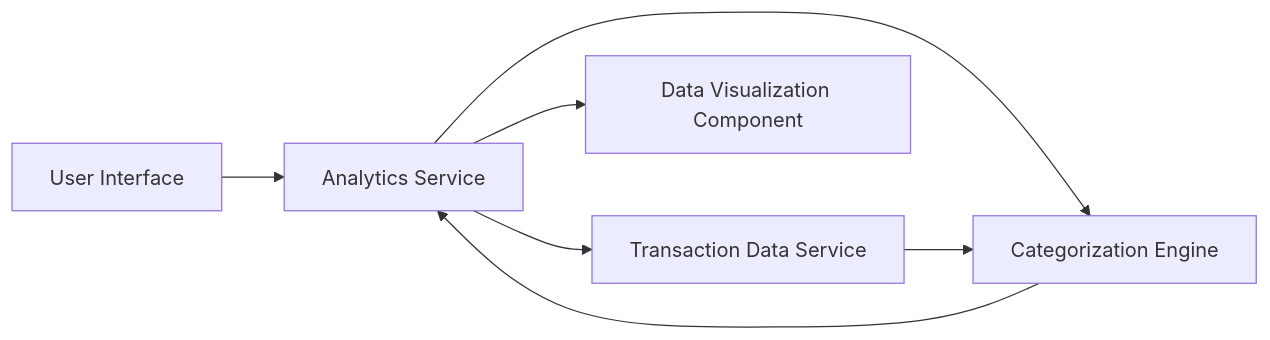
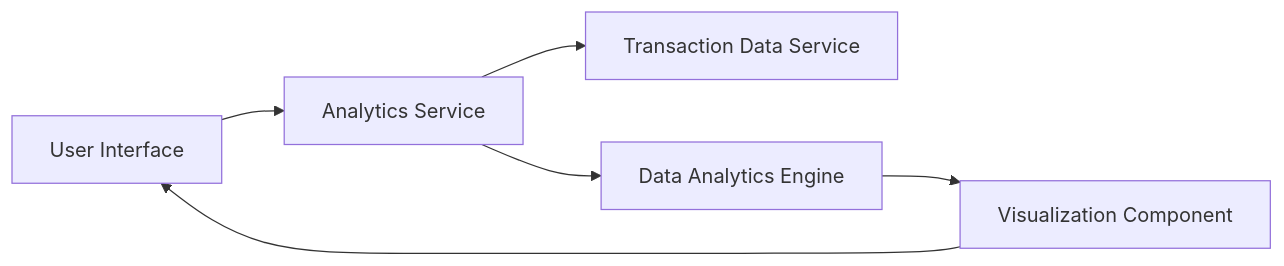
Before and after one commit to AAVA-Demo/APB_Demo: the diagram in HLD/QE-8563_HLD.md, drawn with Mermaid. The commit also changed other lines of this file and 5 other files, not shown here.

````diff
--- a/HLD/QE-8563_HLD.md
+++ b/HLD/QE-8563_HLD.md
@@ -7,14 +7,13 @@
 ```mermaid
 flowchart LR
     A["User Interface"]
     B["Analytics Service"]
     C["Transaction Data Service"]
-    D["Categorization Engine"]
-    E["Data Visualization Component"]
+    D["Data Analytics Engine"]
+    E["Visualization Component"]
     A --> B
     B --> C
     B --> D
-    B --> E
-    C --> D
-    D --> B
+    D --> E
+    E --> A
 ```
````
